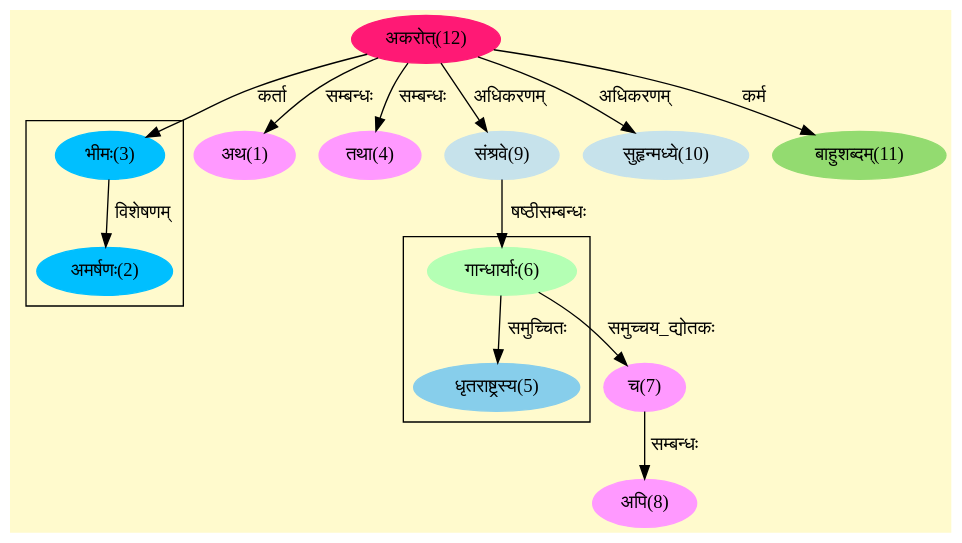
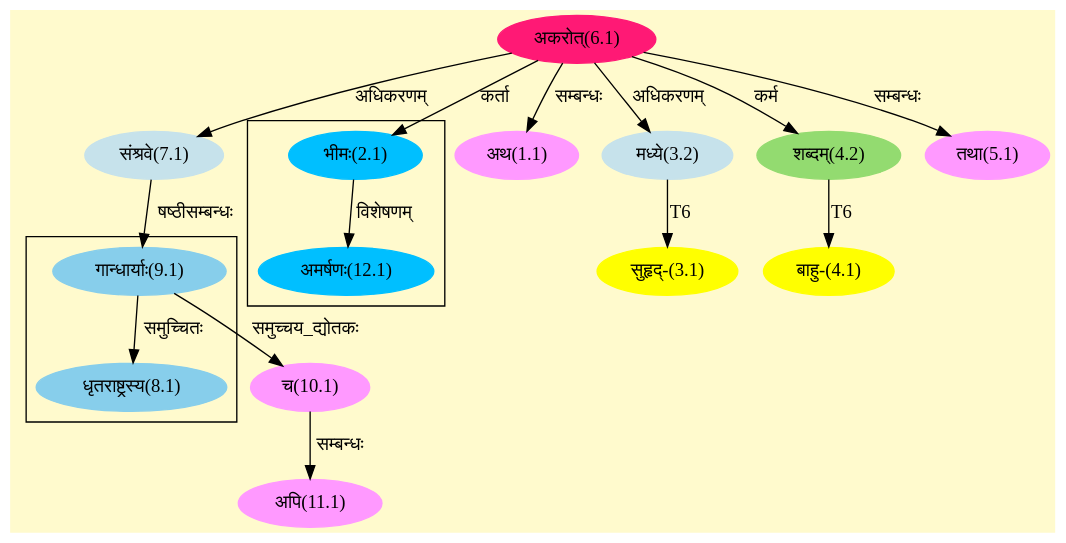
One commit to ska-mahe-blr/ska-ereader.github.io changed the diagram in assets/graphs/04_005_1.dot. Above: the diagram before and after it, drawn with Graphviz. The commit also changed 1152 other files, not shown here.

```diff
--- a/assets/graphs/04_005_1.dot
+++ b/assets/graphs/04_005_1.dot
@@ -1,40 +1,45 @@
 digraph G{
 rankdir=BT;
  compound=true;
  bgcolor="lemonchiffon1";
 
 subgraph cluster_1{
-Node2 [style=filled, color="#00BFFF" label = "अमर्षणः(2)"]
-Node3 [style=filled, color="#00BFFF" label = "भीमः(3)"]
+Node8_1 [style=filled, color="#87CEEB" label = "धृतराष्ट्रस्य(8.1)"]
+Node9_1 [style=filled, color="#87CEEB" label = "गान्धार्याः(9.1)"]
 
 }
 
 subgraph cluster_2{
-Node5 [style=filled, color="#87CEEB" label = "धृतराष्ट्रस्य(5)"]
-Node6 [style=filled, color="#B4FFB4" label = "गान्धार्याः(6)"]
+Node12_1 [style=filled, color="#00BFFF" label = "अमर्षणः(12.1)"]
+Node2_1 [style=filled, color="#00BFFF" label = "भीमः(2.1)"]
 
 }
-Node1 [style=filled, color="#FF99FF" label = "अथ(1)"]
-Node12 [style=filled, color="#FF1975" label = "अकरोत्(12)"]
-Node3 [style=filled, color="#00BFFF" label = "भीमः(3)"]
-Node4 [style=filled, color="#FF99FF" label = "तथा(4)"]
-Node6 [style=filled, color="#B4FFB4" label = "गान्धार्याः(6)"]
-Node9 [style=filled, color="#C6E2EB" label = "संश्रवे(9)"]
-Node7 [style=filled, color="#FF99FF" label = "च(7)"]
-Node8 [style=filled, color="#FF99FF" label = "अपि(8)"]
-Node10 [style=filled, color="#C6E2EB" label = "सुहृन्मध्ये(10)"]
-Node11 [style=filled, color="#93DB70" label = "बाहुशब्दम्(11)"]
+Node1_1 [style=filled, color="#FF99FF" label = "अथ(1.1)"]
+Node6_1 [style=filled, color="#FF1975" label = "अकरोत्(6.1)"]
+Node2_1 [style=filled, color="#00BFFF" label = "भीमः(2.1)"]
+Node3_1 [style=filled, color="#FFFF00" label = "सुहृद्-(3.1)"]
+Node3_2 [style=filled, color="#C6E2EB" label = "मध्ये(3.2)"]
+Node4_1 [style=filled, color="#FFFF00" label = "बाहु-(4.1)"]
+Node4_2 [style=filled, color="#93DB70" label = "शब्दम्(4.2)"]
+Node5_1 [style=filled, color="#FF99FF" label = "तथा(5.1)"]
+Node [style=filled, color="" label = "()"]
+Node7_1 [style=filled, color="#C6E2EB" label = "संश्रवे(7.1)"]
+Node9_1 [style=filled, color="#87CEEB" label = "गान्धार्याः(9.1)"]
+Node10_1 [style=filled, color="#FF99FF" label = "च(10.1)"]
+Node11_1 [style=filled, color="#FF99FF" label = "अपि(11.1)"]
 /* Start of Relations section */
 
-Node1 -> Node12 [  label="सम्बन्धः"  dir="back" ]
-Node2 -> Node3 [  label="विशेषणम्"  dir="back" ]
-Node3 -> Node12 [  label="कर्ता"  dir="back" ]
-Node4 -> Node12 [  label="सम्बन्धः"  dir="back" ]
-Node5 -> Node6 [  label="समुच्चितः"  dir="back" ]
-Node6 -> Node9 [  label="षष्ठीसम्बन्धः"  dir="back" ]
-Node7 -> Node6 [  label="समुच्चय_द्योतकः"  dir="back" ]
-Node8 -> Node7 [  label="सम्बन्धः"  dir="back" ]
-Node9 -> Node12 [  label="अधिकरणम्"  dir="back" ]
-Node10 -> Node12 [  label="अधिकरणम्"  dir="back" ]
-Node11 -> Node12 [  label="कर्म"  dir="back" ]
+Node1_1 -> Node6_1 [  label="सम्बन्धः"  dir="back" ]
+Node2_1 -> Node6_1 [  label="कर्ता"  dir="back" ]
+Node3_1 -> Node3_2 [  label="T6"  dir="back" ]
+Node3_2 -> Node6_1 [  label="अधिकरणम्"  dir="back" ]
+Node4_1 -> Node4_2 [  label="T6"  dir="back" ]
+Node4_2 -> Node6_1 [  label="कर्म"  dir="back" ]
+Node5_1 -> Node6_1 [  label="सम्बन्धः"  dir="back" ]
+Node7_1 -> Node6_1 [  label="अधिकरणम्"  dir="back" ]
+Node8_1 -> Node9_1 [  label="समुच्चितः"  dir="back" ]
+Node9_1 -> Node7_1 [  label="षष्ठीसम्बन्धः"  dir="back" ]
+Node10_1 -> Node9_1 [  label="समुच्चय_द्योतकः"  dir="back" ]
+Node11_1 -> Node10_1 [  label="सम्बन्धः"  dir="back" ]
+Node12_1 -> Node2_1 [  label="विशेषणम्"  dir="back" ]
 }
```
